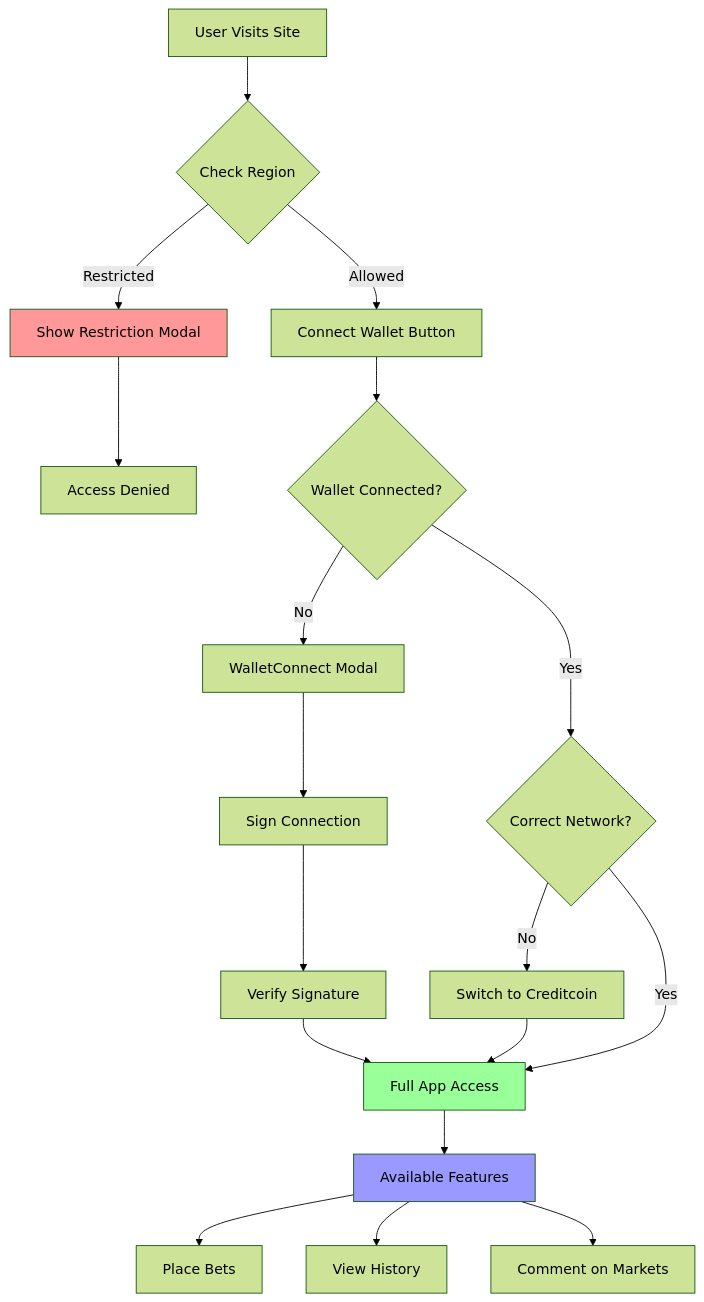
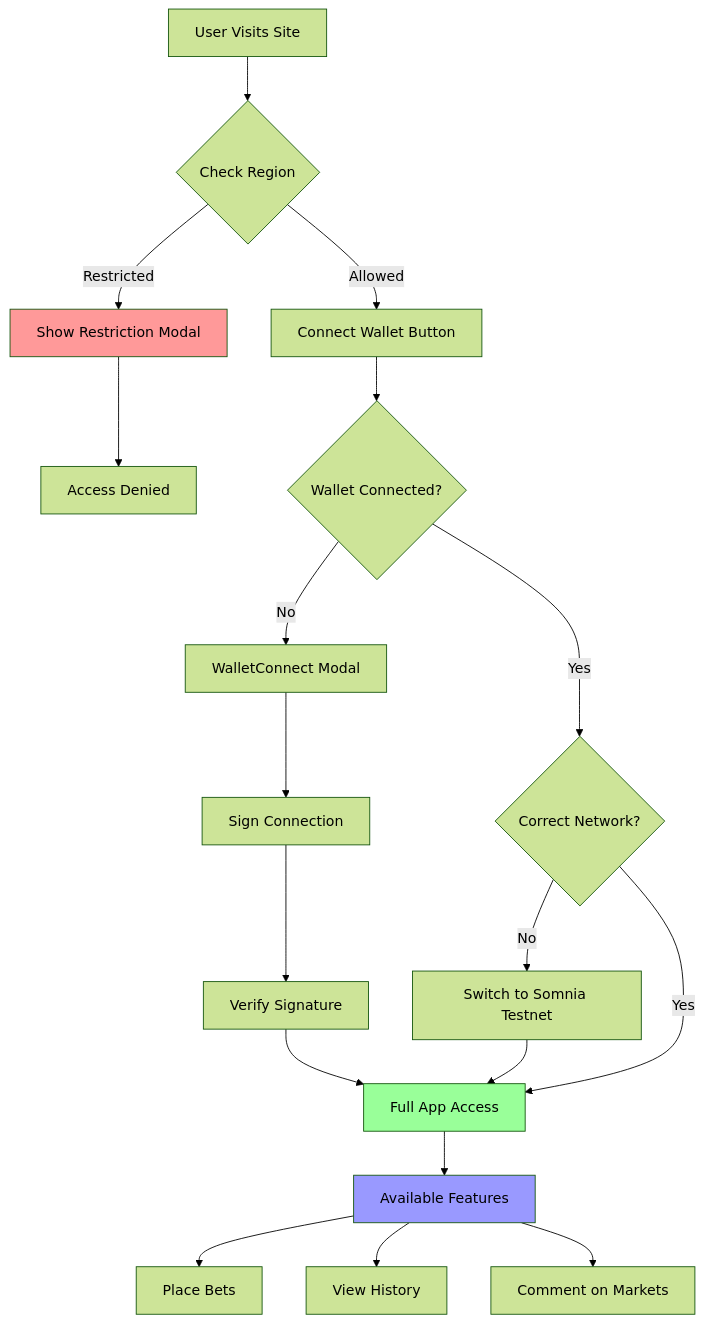
One commit to enliven17/somnia-predict changed the seventh of 12 diagrams in diagrams.md. Above: the diagram before and after it, drawn with Mermaid (forest theme). The commit also changed other lines of this file and 13 other files, not shown here.

````diff
--- a/diagrams.md
+++ b/diagrams.md
@@ -162,29 +221,29 @@
 ```mermaid
 flowchart TD
     User[User Visits Site] --> Region{Check Region}
     Region -->|Restricted| Block[Show Restriction Modal]
     Region -->|Allowed| Connect[Connect Wallet Button]
     
     Connect --> Wallet{Wallet Connected?}
     Wallet -->|No| WalletConnect[WalletConnect Modal]
     WalletConnect --> Sign[Sign Connection]
     Sign --> Verify[Verify Signature]
     
     Wallet -->|Yes| CheckNetwork{Correct Network?}
-    CheckNetwork -->|No| Switch[Switch to Creditcoin]
+    CheckNetwork -->|No| Switch[Switch to Somnia Testnet]
     CheckNetwork -->|Yes| Access[Full App Access]
     
     Verify --> Access
     Switch --> Access
     
     Access --> Features[Available Features]
     Features --> PlaceBets[Place Bets]
     Features --> ViewHistory[View History]
     Features --> Comment[Comment on Markets]
     
     Block --> End[Access Denied]
     
     style Block fill:#ff9999
     style Access fill:#99ff99
     style Features fill:#9999ff
 ```
````
